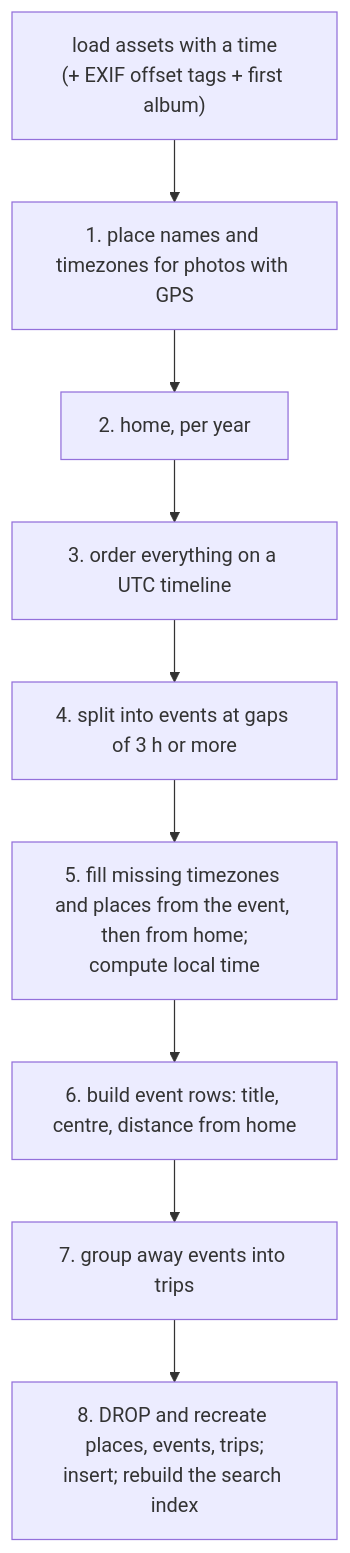
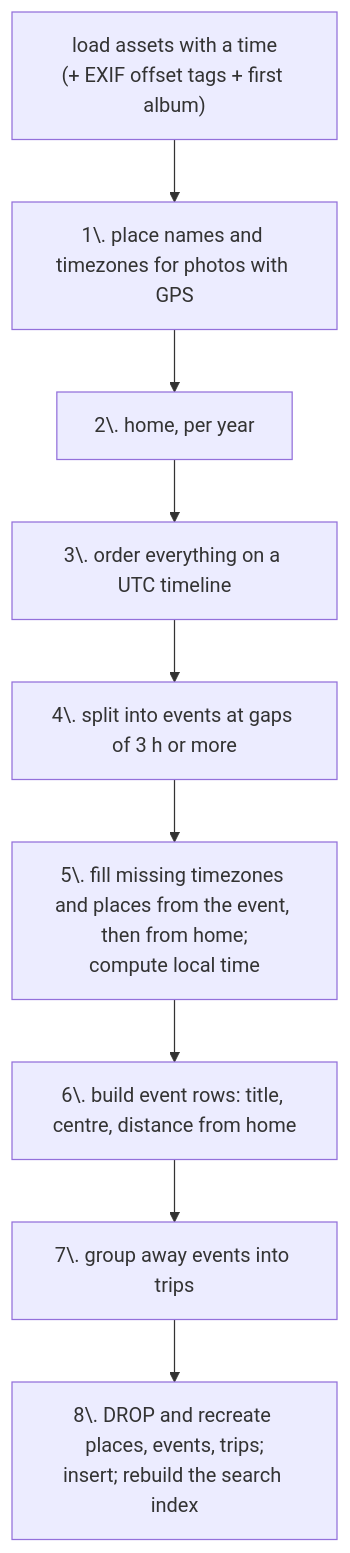
One commit to jflam/photo-estate changed the first of 3 diagrams in docs/book/07-places-events-trips.md. Above: the diagram before and after it, drawn with Mermaid. The commit also changed 4 other files, not shown here.

First line of the commit message:
Book site: numbered diagram labels read as lists, so they drew as errors

````diff
--- a/docs/book/07-places-events-trips.md
+++ b/docs/book/07-places-events-trips.md
@@ -83,11 +83,11 @@
 ```mermaid
 flowchart TD
-    A["load assets with a time<br/>(+ EXIF offset tags + first album)"] --> B["1. place names and timezones for photos with GPS"]
-    B --> C["2. home, per year"]
-    C --> D["3. order everything on a UTC timeline"]
-    D --> E["4. split into events at gaps of 3 h or more"]
-    E --> F["5. fill missing timezones and places from the event, then from home;<br/>compute local time"]
-    F --> G["6. build event rows: title, centre, distance from home"]
-    G --> H["7. group away events into trips"]
-    H --> I["8. DROP and recreate places, events, trips;<br/>insert; rebuild the search index"]
+    A["load assets with a time<br/>(+ EXIF offset tags + first album)"] --> B["1\. place names and timezones for photos with GPS"]
+    B --> C["2\. home, per year"]
+    C --> D["3\. order everything on a UTC timeline"]
+    D --> E["4\. split into events at gaps of 3 h or more"]
+    E --> F["5\. fill missing timezones and places from the event, then from home;<br/>compute local time"]
+    F --> G["6\. build event rows: title, centre, distance from home"]
+    G --> H["7\. group away events into trips"]
+    H --> I["8\. DROP and recreate places, events, trips;<br/>insert; rebuild the search index"]
 ```
````
